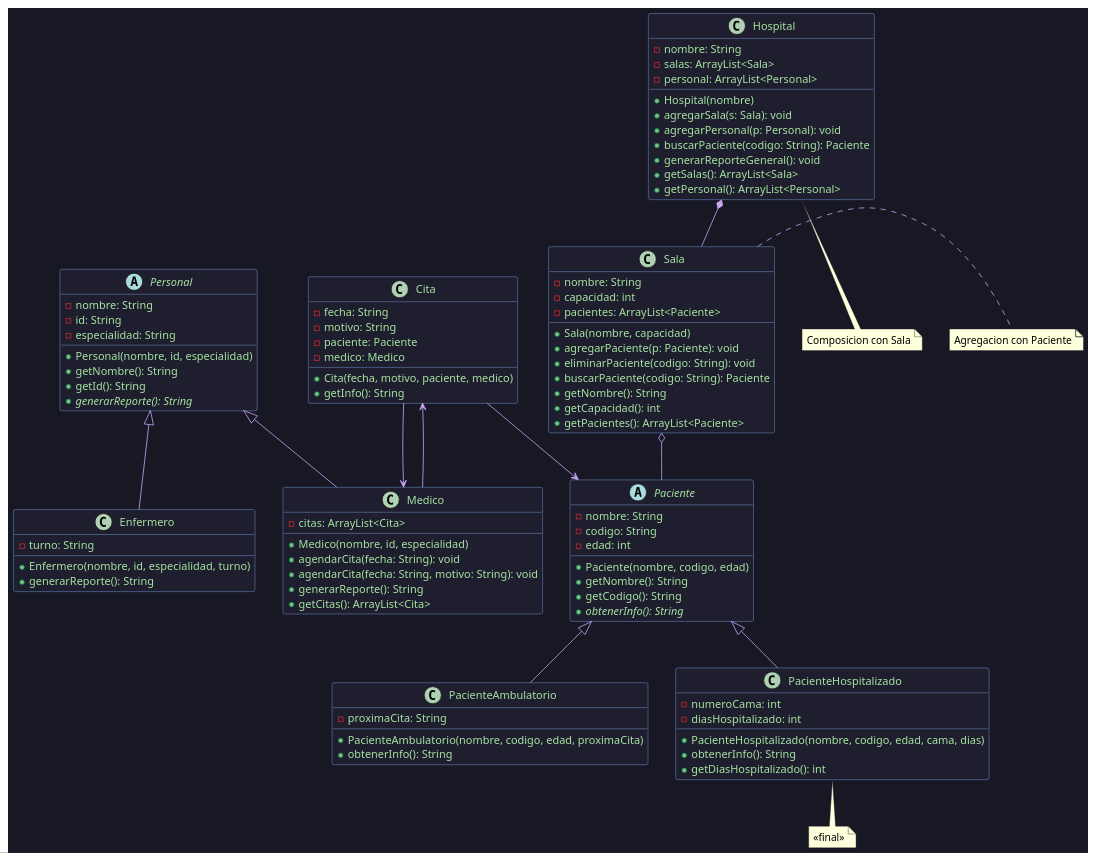
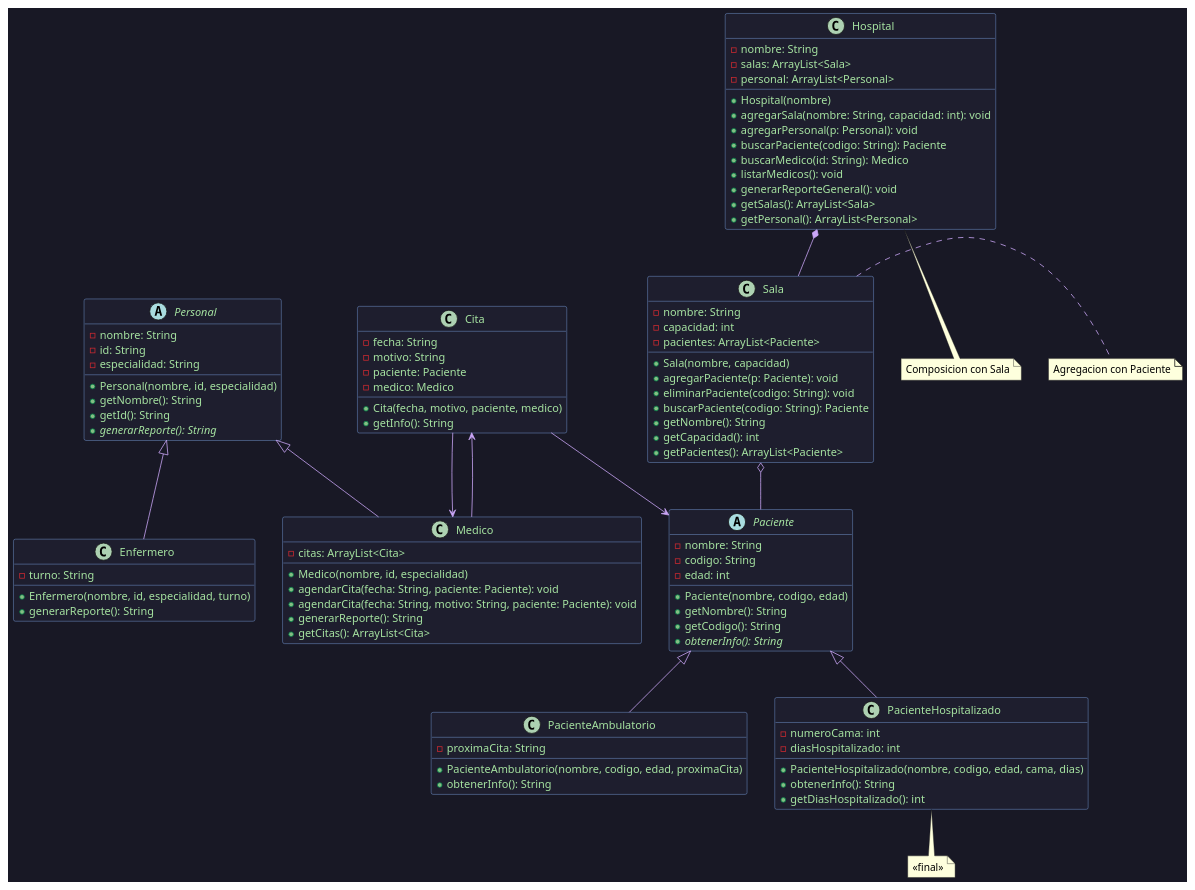
One commit to norbeydanilo/oop changed the diagram in guias-ejercicios/proyecto-final-hospital.md. Above: the diagram before and after it, drawn with PlantUML. The commit also changed other lines of this file and 2 other files, not shown here.

```diff
--- a/guias-ejercicios/proyecto-final-hospital.md
+++ b/guias-ejercicios/proyecto-final-hospital.md
@@ -37,8 +37,8 @@
 class Medico {
   - citas: ArrayList<Cita>
   + Medico(nombre, id, especialidad)
-  + agendarCita(fecha: String): void
-  + agendarCita(fecha: String, motivo: String): void
+  + agendarCita(fecha: String, paciente: Paciente): void
+  + agendarCita(fecha: String, motivo: String, paciente: Paciente): void
   + generarReporte(): String
   + getCitas(): ArrayList<Cita>
 }
@@ -100,9 +100,11 @@
   - salas: ArrayList<Sala>
   - personal: ArrayList<Personal>
   + Hospital(nombre)
-  + agregarSala(s: Sala): void
+  + agregarSala(nombre: String, capacidad: int): void
   + agregarPersonal(p: Personal): void
   + buscarPaciente(codigo: String): Paciente
+  + buscarMedico(id: String): Medico
+  + listarMedicos(): void
   + generarReporteGeneral(): void
   + getSalas(): ArrayList<Sala>
   + getPersonal(): ArrayList<Personal>
```
